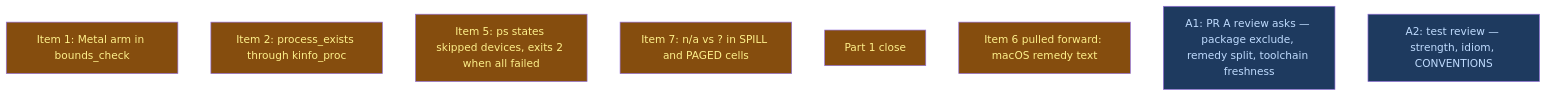
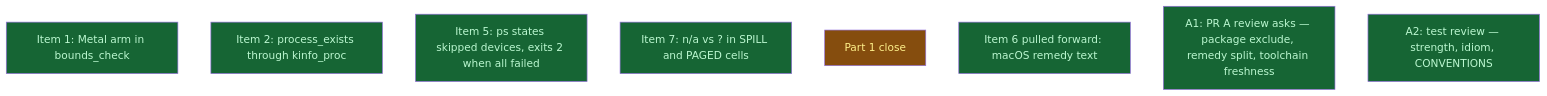
The diagram in __roadmap__/v0214-sandbox/part1/README.md (LittleCoinCoin/hypomnesis), drawn with Mermaid before and after one commit. The commit also changed other lines of this file, not shown here.

First line of the commit message:
docs(roadmap): mark PR B's five code leaves and A1/A2 done

````diff
--- a/__roadmap__/v0214-sandbox/part1/README.md
+++ b/__roadmap__/v0214-sandbox/part1/README.md
@@ -26,16 +26,16 @@
 ```mermaid
 graph TD
-    metal_bounds_check[Item 1: Metal arm in bounds_check]:::inprogress
-    process_exists_kinfo[Item 2: process_exists through kinfo_proc]:::inprogress
-    ps_failed_devices[Item 5: ps states skipped devices, exits 2 when all failed]:::inprogress
-    spill_cell_na[Item 7: n/a vs ? in SPILL and PAGED cells]:::inprogress
+    metal_bounds_check[Item 1: Metal arm in bounds_check]:::done
+    process_exists_kinfo[Item 2: process_exists through kinfo_proc]:::done
+    ps_failed_devices[Item 5: ps states skipped devices, exits 2 when all failed]:::done
+    spill_cell_na[Item 7: n/a vs ? in SPILL and PAGED cells]:::done
     close[Part 1 close]:::inprogress
-    remedy_macos[Item 6 pulled forward: macOS remedy text]:::inprogress
-    maintainer_review_a[A1: PR A review asks — package exclude, remedy split, toolchain freshness]:::amendment
-    test_review_b[A2: test review — strength, idiom, CONVENTIONS]:::amendment
+    remedy_macos[Item 6 pulled forward: macOS remedy text]:::done
+    maintainer_review_a[A1: PR A review asks — package exclude, remedy split, toolchain freshness]:::done
+    test_review_b[A2: test review — strength, idiom, CONVENTIONS]:::done
     classDef done       fill:#166534,color:#bbf7d0
     classDef inprogress fill:#854d0e,color:#fef08a
     classDef planned    fill:#374151,color:#e5e7eb
     classDef amendment  fill:#1e3a5f,color:#bfdbfe
     classDef blocked    fill:#7f1d1d,color:#fecaca
 ```
````
